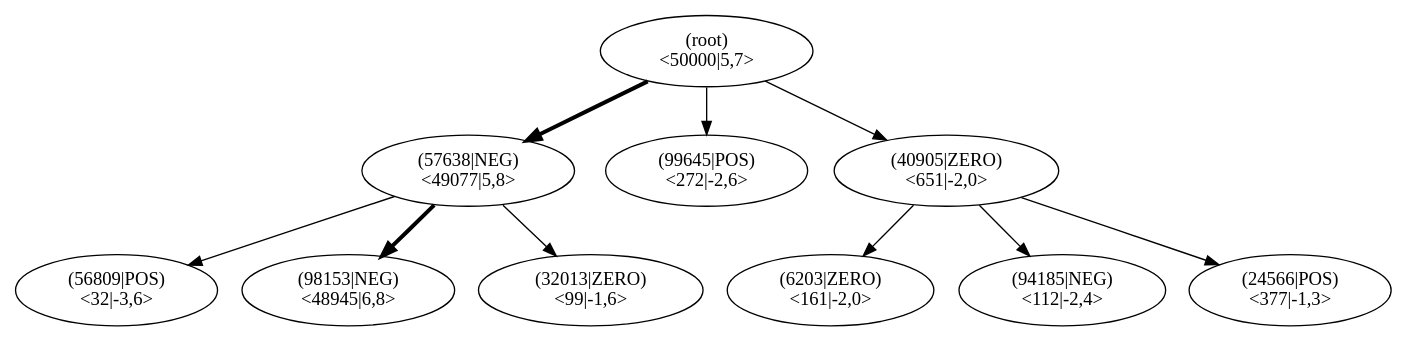
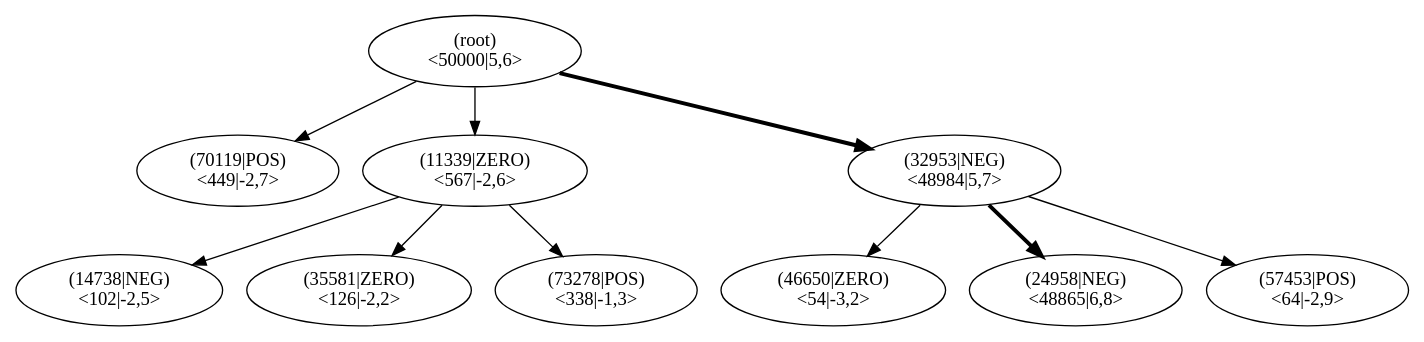
Before and after one commit to JonasHellgren/relexp-java: the diagram in pictures/ch13/lane_test_mcts.dot, drawn with Graphviz. The commit also changed 54 other files, not shown here.

```diff
--- a/pictures/ch13/lane_test_mcts.dot
+++ b/pictures/ch13/lane_test_mcts.dot
@@ -1,32 +1,32 @@
 digraph MCTS {
 node [shape=ellipse];
 Nroot [label="(root)
-<50000|5,7>"];
-Nroot -> N57638[penwidth=3];
-N57638 [label="(57638|NEG)
-<49077|5,8>"];
-N57638 -> N56809[penwidth=1];
-N56809 [label="(56809|POS)
-<32|-3,6>"];
-N57638 -> N98153[penwidth=3];
-N98153 [label="(98153|NEG)
-<48945|6,8>"];
-N57638 -> N32013[penwidth=1];
-N32013 [label="(32013|ZERO)
-<99|-1,6>"];
-Nroot -> N99645[penwidth=1];
-N99645 [label="(99645|POS)
-<272|-2,6>"];
-Nroot -> N40905[penwidth=1];
-N40905 [label="(40905|ZERO)
-<651|-2,0>"];
-N40905 -> N6203[penwidth=1];
-N6203 [label="(6203|ZERO)
-<161|-2,0>"];
-N40905 -> N94185[penwidth=1];
-N94185 [label="(94185|NEG)
-<112|-2,4>"];
-N40905 -> N24566[penwidth=1];
-N24566 [label="(24566|POS)
-<377|-1,3>"];
+<50000|5,6>"];
+Nroot -> N70119[penwidth=1];
+N70119 [label="(70119|POS)
+<449|-2,7>"];
+Nroot -> N11339[penwidth=1];
+N11339 [label="(11339|ZERO)
+<567|-2,6>"];
+N11339 -> N14738[penwidth=1];
+N14738 [label="(14738|NEG)
+<102|-2,5>"];
+N11339 -> N35581[penwidth=1];
+N35581 [label="(35581|ZERO)
+<126|-2,2>"];
+N11339 -> N73278[penwidth=1];
+N73278 [label="(73278|POS)
+<338|-1,3>"];
+Nroot -> N32953[penwidth=3];
+N32953 [label="(32953|NEG)
+<48984|5,7>"];
+N32953 -> N46650[penwidth=1];
+N46650 [label="(46650|ZERO)
+<54|-3,2>"];
+N32953 -> N24958[penwidth=3];
+N24958 [label="(24958|NEG)
+<48865|6,8>"];
+N32953 -> N57453[penwidth=1];
+N57453 [label="(57453|POS)
+<64|-2,9>"];
 }
```
